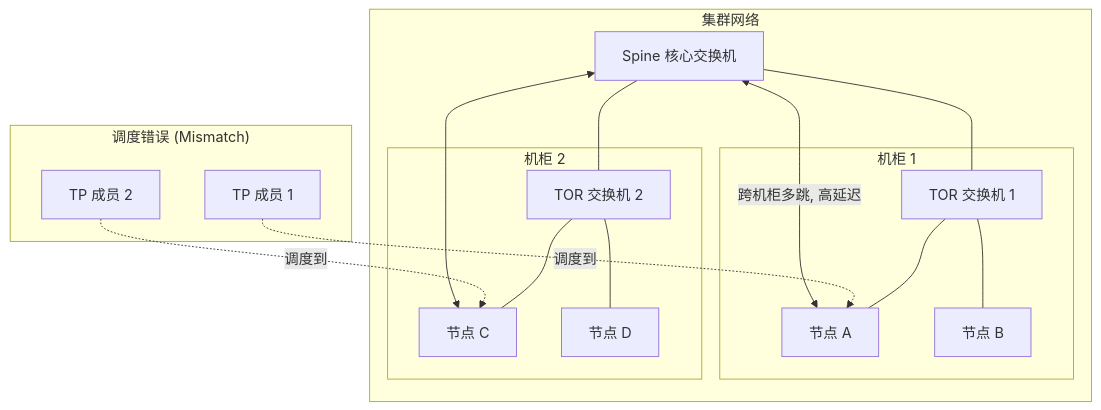
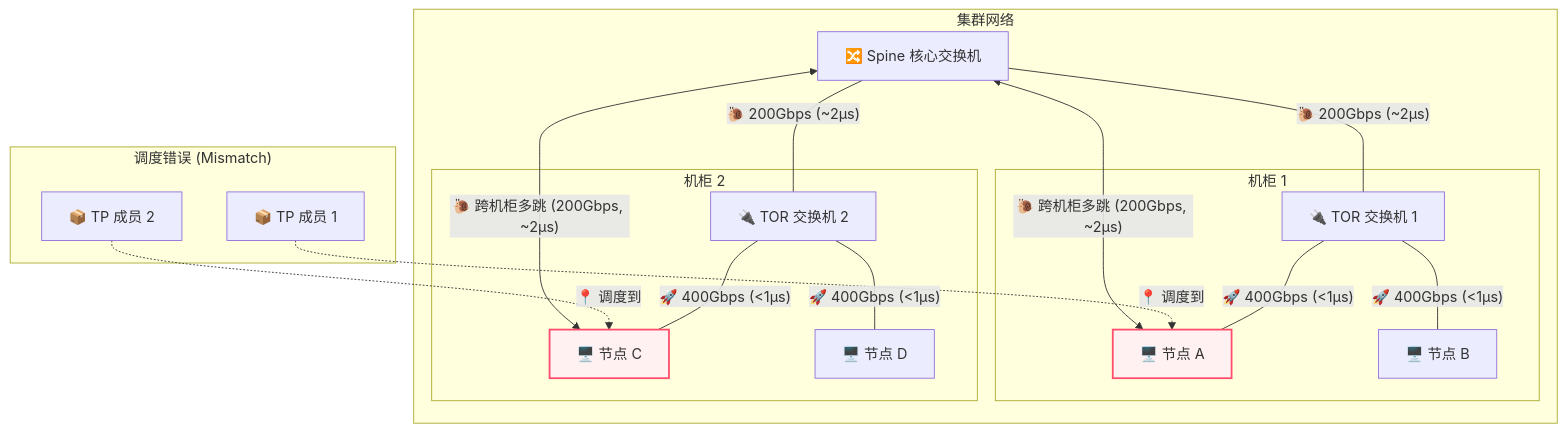
One commit to Random-Liu/llm-inference-principle-to-production changed the fifth of 5 diagrams in parts/part5_k8s.cn.md. Above: the diagram before and after it, drawn with Mermaid. The commit also changed other lines of this file and 1 other file, not shown here.

First line of the commit message:
feat(part5): refine diagrams, network topology, and references in Part 5

````diff
--- a/parts/part5_k8s.cn.md
+++ b/parts/part5_k8s.cn.md
@@ -355,24 +361,27 @@
 ```mermaid
 graph TD
     subgraph 集群网络
-        Spine[Spine 核心交换机]
-        Spine --- TOR1[TOR 交换机 1]
-        Spine --- TOR2[TOR 交换机 2]
+        Spine["🔀 Spine 核心交换机"]
+        Spine ---|"🐌 200Gbps (~2μs)"| TOR1["🔌 TOR 交换机 1"]
+        Spine ---|"🐌 200Gbps (~2μs)"| TOR2["🔌 TOR 交换机 2"]
         
         subgraph Rack1 ["机柜 1"]
-            TOR1 --- NodeA[节点 A]
-            TOR1 --- NodeB[节点 B]
+            TOR1 ---|"🚀 400Gbps (<1μs)"| NodeA["🖥️ 节点 A"]
+            TOR1 ---|"🚀 400Gbps (<1μs)"| NodeB["🖥️ 节点 B"]
         end
         subgraph Rack2 ["机柜 2"]
-            TOR2 --- NodeC[节点 C]
-            TOR2 --- NodeD[节点 D]
+            TOR2 ---|"🚀 400Gbps (<1μs)"| NodeC["🖥️ 节点 C"]
+            TOR2 ---|"🚀 400Gbps (<1μs)"| NodeD["🖥️ 节点 D"]
         end
     end
     
     subgraph "调度错误 (Mismatch)"
-        PodA[TP 成员 1] -.->|调度到| NodeA
-        PodB[TP 成员 2] -.->|调度到| NodeC
-        NodeA <-->|"跨机柜多跳, 高延迟"| Spine
-        Spine <--> NodeC
+        PodA["📦 TP 成员 1"] -.->|"📍 调度到"| NodeA
+        PodB["📦 TP 成员 2"] -.->|"📍 调度到"| NodeC
+        NodeA <-->|"🐌 跨机柜多跳 (200Gbps, ~2μs)"| Spine
+        Spine <-->|"🐌 跨机柜多跳 (200Gbps, ~2μs)"| NodeC
     end
+
+    style NodeA fill:#fff0f2,stroke:#ff4d6d,stroke-width:2px
+    style NodeC fill:#fff0f2,stroke:#ff4d6d,stroke-width:2px
 ```
````
